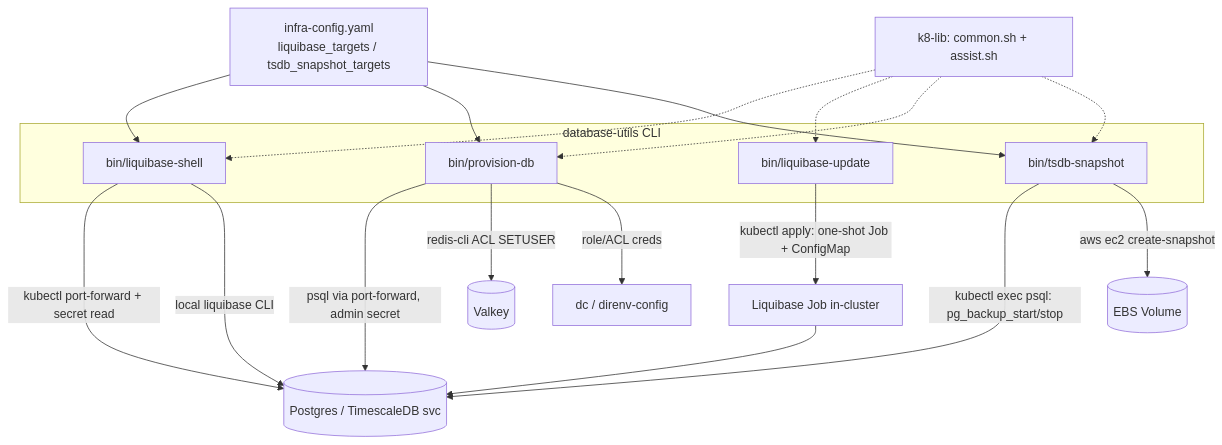
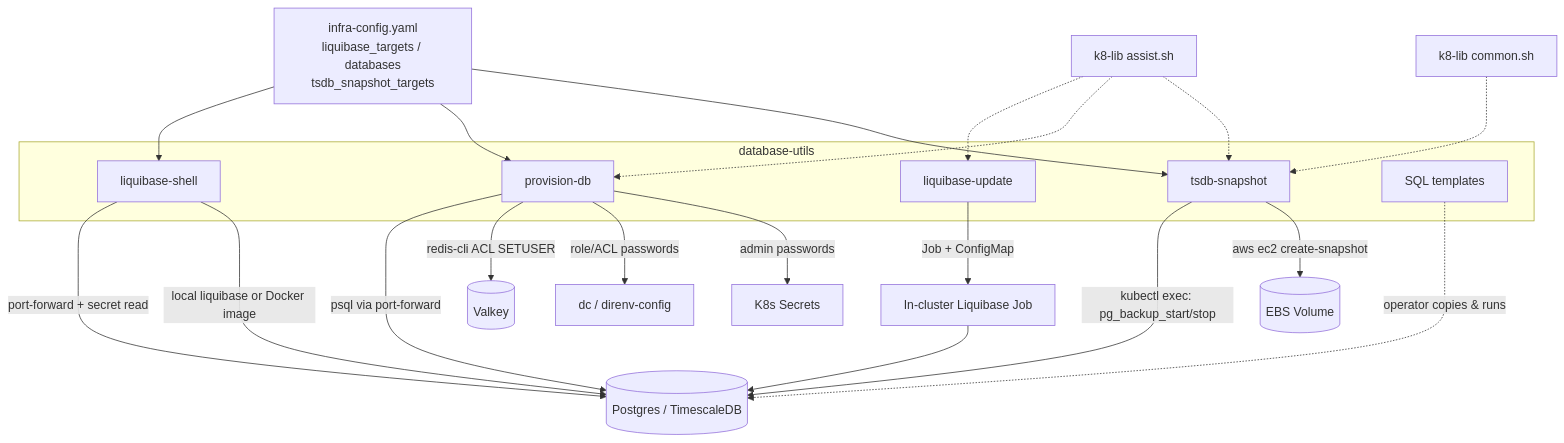
One commit to the-robot-lives/database-tools changed the diagram in docs/PROJ-ARCH.md. Above: the diagram before and after it, drawn with Mermaid. The commit also changed other lines of this file and 1 other file, not shown here.

````diff
--- a/docs/PROJ-ARCH.md
+++ b/docs/PROJ-ARCH.md
@@ -22,25 +27,30 @@
 ```mermaid
 graph TB
-    subgraph "database-utils CLI"
-        LS[bin/liquibase-shell]
-        LU[bin/liquibase-update]
-        PD[bin/provision-db]
-        TS[bin/tsdb-snapshot]
+    subgraph "database-utils"
+        LS[liquibase-shell]
+        LU[liquibase-update]
+        PD[provision-db]
+        TS[tsdb-snapshot]
+        SQL[SQL templates]
     end
 
-    CFG[infra-config.yaml<br/>liquibase_targets / tsdb_snapshot_targets] --> LS
+    CFG["infra-config.yaml<br/>liquibase_targets / databases<br/>tsdb_snapshot_targets"]
+    CFG --> LS
     CFG --> PD
     CFG --> TS
 
-    LS -->|kubectl port-forward + secret read| PG[(Postgres / TimescaleDB svc)]
-    LS -->|local liquibase CLI| PG
-    LU -->|kubectl apply: one-shot Job + ConfigMap| JOB[Liquibase Job in-cluster]
+    LS -->|port-forward + secret read| PG[(Postgres / TimescaleDB)]
+    LS -->|local liquibase or Docker image| PG
+    LU -->|Job + ConfigMap| JOB[In-cluster Liquibase Job]
     JOB --> PG
-    PD -->|psql via port-forward, admin secret| PG
+    PD -->|psql via port-forward| PG
     PD -->|redis-cli ACL SETUSER| VK[(Valkey)]
-    PD -->|role/ACL creds| DC[dc / direnv-config]
-    TS -->|kubectl exec psql: pg_backup_start/stop| PG
+    PD -->|role/ACL passwords| DC[dc / direnv-config]
+    PD -->|admin passwords| KSEC[K8s Secrets]
+    TS -->|kubectl exec: pg_backup_start/stop| PG
     TS -->|aws ec2 create-snapshot| EBS[(EBS Volume)]
+    SQL -.->|operator copies & runs| PG
 
-    LIB[k8-lib: common.sh + assist.sh] -.-> LS & LU & PD & TS
+    ASSIST[k8-lib assist.sh] -.-> LU & PD & TS
+    COMMON[k8-lib common.sh] -.-> TS
 ```
````
